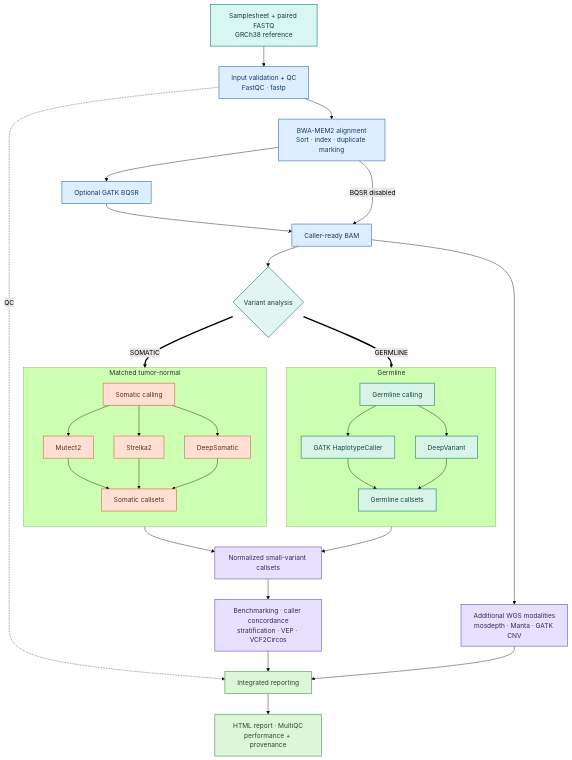
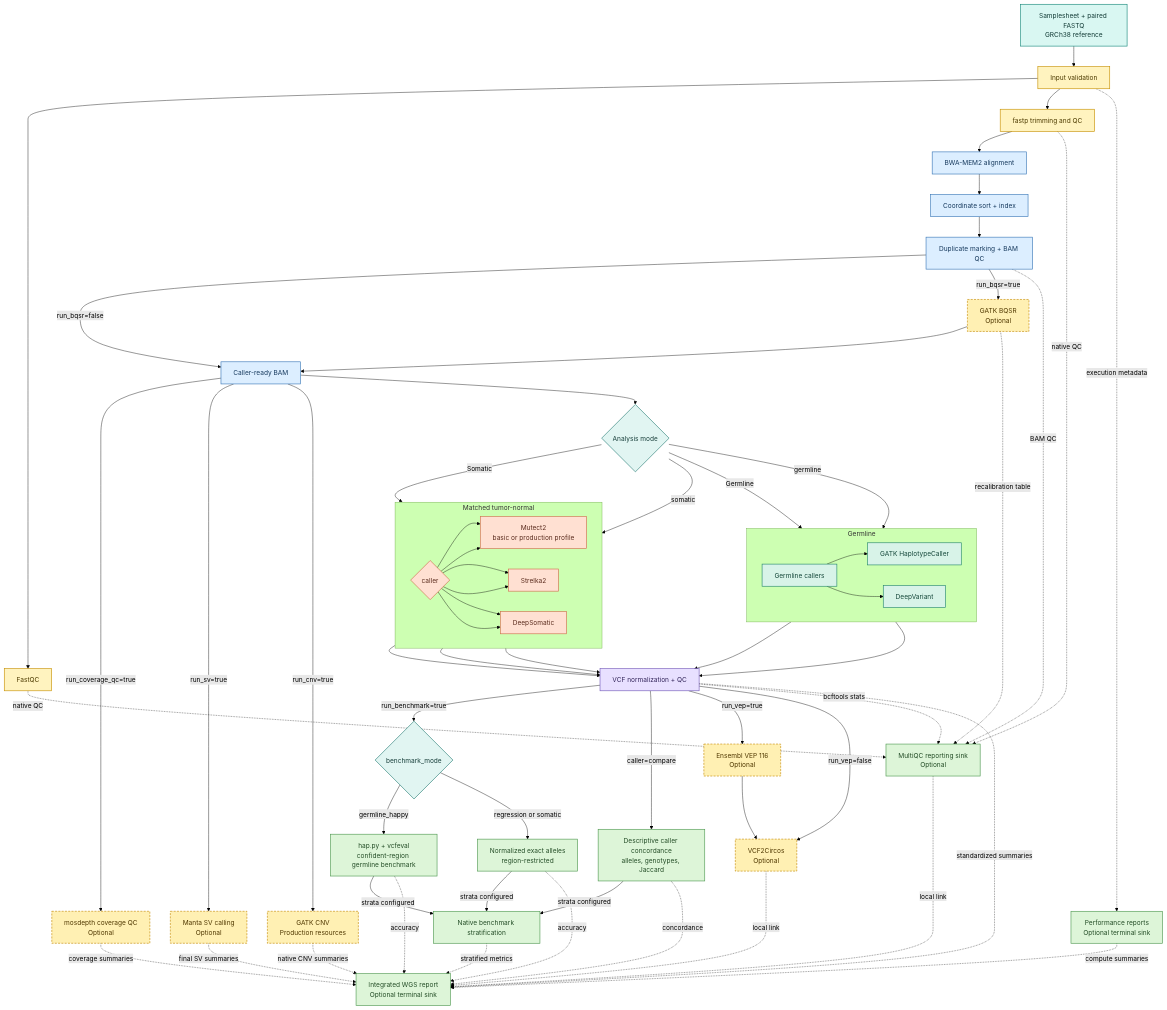
Before and after one commit to sarvezh1/wgs-pipeline: the diagram in README.md, drawn with Mermaid (forest theme). The commit also changed other lines of this file and 10 other files, not shown here.

````diff
--- a/README.md
+++ b/README.md
@@ -14,75 +14,106 @@
 ```mermaid
 flowchart TB
-    INPUT["Samplesheet + paired FASTQ<br/>GRCh38 reference"]
-    PREP["Input validation + QC<br/>FastQC · fastp"]
-    ALIGN["BWA-MEM2 alignment<br/>Sort · index · duplicate marking"]
-    BQSR["Optional GATK BQSR"]
-    READY["Caller-ready BAM"]
+  INPUT["Samplesheet + paired FASTQ<br/>GRCh38 reference"] --> CHECK["Input validation"]
+  CHECK --> FQC["FastQC"]
+  CHECK --> FP["fastp trimming and QC"]
+  FP --> ALIGN["BWA-MEM2 alignment"]
+  ALIGN --> SORT["Coordinate sort + index"]
+  SORT --> DUP["Duplicate marking + BAM QC"]
+  DUP -->|run_bqsr=false| READY["Caller-ready BAM"]
+  DUP -->|run_bqsr=true| BQSR["GATK BQSR<br/>Optional"]
+  BQSR --> READY
 
-    INPUT --> PREP --> ALIGN
-    ALIGN --> BQSR --> READY
-    ALIGN -->|BQSR disabled| READY
+  READY -->|run_coverage_qc=true| COV["mosdepth coverage QC<br/>Optional"]
+  READY -->|run_sv=true| MANTA["Manta SV calling<br/>Optional"]
+  READY -->|run_cnv=true| CNV["GATK CNV<br/>Production resources"]
 
-    READY --> MODE{"Variant analysis"}
+  READY --> MODE{"Analysis mode"}
 
-    subgraph GERMLINE["Germline"]
-        direction TB
-        GENTRY["Germline calling"]
-        HC["GATK HaplotypeCaller"]
-        DV["DeepVariant"]
-        GOUT["Germline callsets"]
+  MODE -->|Germline| GSELECT["Germline callers"]
+  MODE -->|Somatic| SSELECT["Matched tumor-normal callers"]
 
-        GENTRY --> HC
-        GENTRY --> DV
-        HC --> GOUT
-        DV --> GOUT
-    end
+  subgraph GERMLINE["Germline"]
+      direction LR
+      GSELECT --> HC["GATK HaplotypeCaller"]
+      GSELECT --> DV["DeepVariant"]
+  end
 
-    subgraph SOMATIC["Matched tumor-normal"]
-        direction TB
-        SENTRY["Somatic calling"]
-        M2["Mutect2"]
-        ST["Strelka2"]
-        DS["DeepSomatic"]
-        SOUT["Somatic callsets"]
+  subgraph SOMATIC["Matched tumor-normal"]
+      direction LR
+      SSELECT --> M2["Mutect2"]
+      SSELECT --> ST["Strelka2"]
+      SSELECT --> DS["DeepSomatic"]
+  end
 
-        SENTRY --> M2
-        SENTRY --> ST
-        SENTRY --> DS
-        M2 --> SOUT
-        ST --> SOUT
-        DS --> SOUT
-    end
+  subgraph SOMATIC["Matched tumor-normal somatic"]
+      direction TB
+      SSELECT{"caller"}
+      M2["Mutect2<br/>basic or production profile"]
+      ST["Strelka2"]
+      DS["DeepSomatic"]
+      SSELECT --> M2
+      SSELECT --> ST
+      SSELECT --> DS
+  end
 
-    MODE ==>|GERMLINE| GENTRY
-    MODE ==>|SOMATIC| SENTRY
+  MODE -->|germline| GSELECT
+  MODE -->|somatic| SSELECT
+  HC --> VCFP["VCF normalization + QC"]
+  DV --> VCFP
+  M2 --> VCFP
+  ST --> VCFP
+  DS --> VCFP
 
-    GOUT --> VCF["Normalized small-variant callsets"]
-    SOUT --> VCF
+  VCFP -->|run_benchmark=true| BENCH{"benchmark_mode"}
+  BENCH -->|germline_happy| HAPPY["hap.py + vcfeval<br/>confident-region germline benchmark"]
+  BENCH -->|regression or somatic| EXACT["Normalized exact alleles<br/>region-restricted"]
+  VCFP -->|caller=compare| COMP["Descriptive caller concordance<br/>alleles, genotypes, Jaccard"]
+  HAPPY -->|strata configured| STRAT["Native benchmark stratification"]
+  EXACT -->|strata configured| STRAT
+  COMP -->|strata configured| STRAT
 
-    VCF --> DOWN["Benchmarking · caller concordance<br/>stratification · VEP · VCF2Circos"]
+  VCFP -->|run_vep=true| VEP["Ensembl VEP 116<br/>Optional"]
+  VCFP -->|run_vep=false| VIZ["VCF2Circos<br/>Optional"]
+  VEP --> VIZ
 
-    READY --> MOD["Additional WGS modalities<br/>mosdepth · Manta · GATK CNV"]
+  FQC -. native QC .-> MQC["MultiQC reporting sink<br/>Optional"]
+  FP -. native QC .-> MQC
+  DUP -. BAM QC .-> MQC
+  BQSR -. recalibration table .-> MQC
+  VCFP -. bcftools stats .-> MQC
 
-    PREP -. QC .-> REPORT["Integrated reporting"]
-    DOWN --> REPORT
-    MOD --> REPORT
+  VCFP -. standardized summaries .-> REPORT["Integrated WGS report<br/>Optional terminal sink"]
+  HAPPY -. accuracy .-> REPORT
+  EXACT -. accuracy .-> REPORT
+  COMP -. concordance .-> REPORT
+  STRAT -. stratified metrics .-> REPORT
+  COV -. coverage summaries .-> REPORT
+  MANTA -. final SV summaries .-> REPORT
+  CNV -. native CNV summaries .-> REPORT
+  CHECK -. execution metadata .-> PERF["Performance reports<br/>Optional terminal sink"]
+  PERF -. compute summaries .-> REPORT
+  MQC -. local link .-> REPORT
+  VIZ -. local link .-> REPORT
 
-    REPORT --> OUT["HTML report · MultiQC<br/>performance + provenance"]
+  classDef input fill:#d9f7f2,stroke:#16877a,color:#123b36,stroke-width:1.5px;
+  classDef qc fill:#fff3bf,stroke:#c79000,color:#4d3b00,stroke-width:1.5px;
+  classDef align fill:#dceeff,stroke:#3977b7,color:#173a5e,stroke-width:1.5px;
+  classDef germline fill:#d8f3e8,stroke:#23856b,color:#16483b,stroke-width:1.5px;
+  classDef somatic fill:#ffe0d2,stroke:#cf6d4b,color:#5b2c1e,stroke-width:1.5px;
+  classDef shared fill:#e8e0ff,stroke:#7259b8,color:#35275c,stroke-width:1.5px;
+  classDef report fill:#ddf5d8,stroke:#4e9850,color:#244d27,stroke-width:1.5px;
+  classDef optional fill:#fff0b3,stroke:#c48a00,color:#503800,stroke-width:1.5px,stroke-dasharray:5 3;
+  classDef decision fill:#e1f5f2,stroke:#277d75,color:#183f3b,stroke-width:1.5px;
 
-    classDef input fill:#d9f7f2,stroke:#16877a,color:#123b36,stroke-width:1.5px;
-    classDef prep fill:#dceeff,stroke:#3977b7,color:#173a5e,stroke-width:1.5px;
-    classDef germline fill:#d8f3e8,stroke:#23856b,color:#16483b,stroke-width:1.5px;
-    classDef somatic fill:#ffe0d2,stroke:#cf6d4b,color:#5b2c1e,stroke-width:1.5px;
-    classDef shared fill:#e8e0ff,stroke:#7259b8,color:#35275c,stroke-width:1.5px;
-    classDef report fill:#ddf5d8,stroke:#4e9850,color:#244d27,stroke-width:1.5px;
-    classDef decision fill:#e1f5f2,stroke:#277d75,color:#183f3b,stroke-width:1.5px;
-
-    class INPUT input;
-    class PREP,ALIGN,BQSR,READY prep;
-    class GENTRY,HC,DV,GOUT germline;
-    class SENTRY,M2,ST,DS,SOUT somatic;
-    class MODE decision;
-    class VCF,DOWN,MOD shared;
-    class REPORT,OUT report;
+  class INPUT input;
+  class CHECK,FQC,FP qc;
+  class ALIGN,SORT,DUP,READY align;
+  class GSELECT,HC,DV germline;
+  class SSELECT,M2,ST,DS somatic;
+  class MODE decision;
+  class VCFP shared;
+  class BENCH decision;
+  class HAPPY,EXACT,COMP,STRAT report;
+  class BQSR,VEP,VIZ,COV,MANTA,CNV optional;
+  class MQC,PERF,REPORT report;
 ```
````
